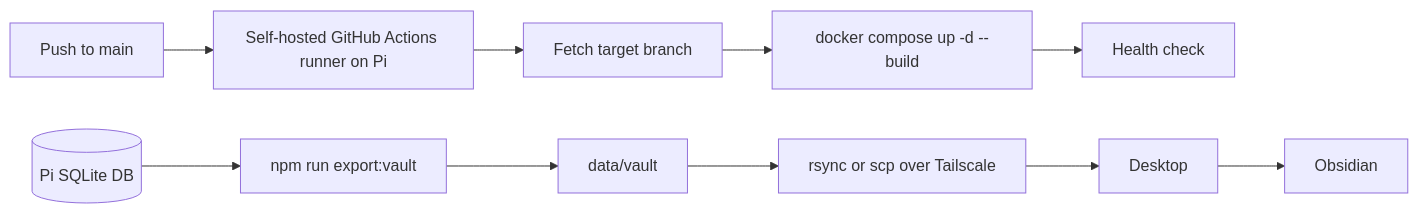
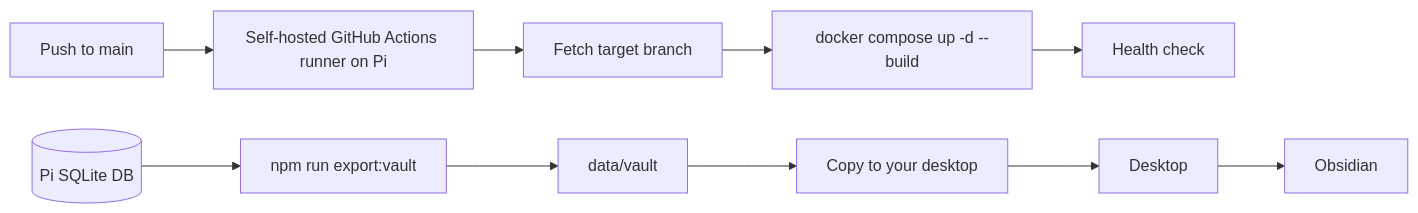
Before and after one commit to AlaskanTuna/Rokabot: the sixth of 6 diagrams in docs/README.md, drawn with Mermaid. The commit also changed other lines of this file and 33 other files, not shown here.

````diff
--- a/docs/README.md
+++ b/docs/README.md
@@ -401,13 +398,13 @@
 ```mermaid
 flowchart LR
     Push[Push to main] --> Runner[Self-hosted GitHub Actions runner on Pi]
     Runner --> Pull[Fetch target branch]
     Pull --> Build[docker compose up -d --build]
     Build --> Health[Health check]
 
     Database[(Pi SQLite DB)] --> Export[npm run export:vault]
     Export --> Vault[data/vault]
-    Vault --> Transfer[rsync or scp over Tailscale]
+    Vault --> Transfer[Copy to your desktop]
     Transfer --> Desktop[Desktop]
     Desktop --> Obsidian[Obsidian]
 ```
````
